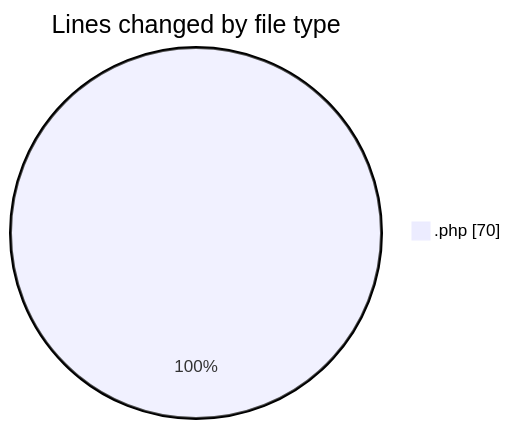
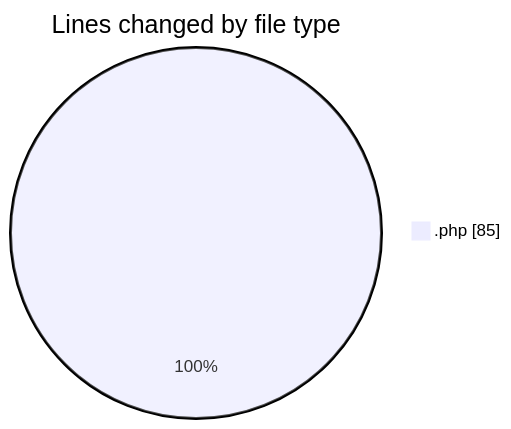
The first of 2 diagrams in 2025-03-31/autodidak/README.md (idhammustaqopulfikri/code-tracking), drawn with Mermaid before and after one commit. The commit also changed other lines of this file and 1 other file, not shown here.

````diff
--- a/2025-03-31/autodidak/README.md
+++ b/2025-03-31/autodidak/README.md
@@ -20,5 +21,5 @@
 ```mermaid
 pie showData
 title Lines changed by file type
-".php" : 70
+".php" : 85
 ```
````
